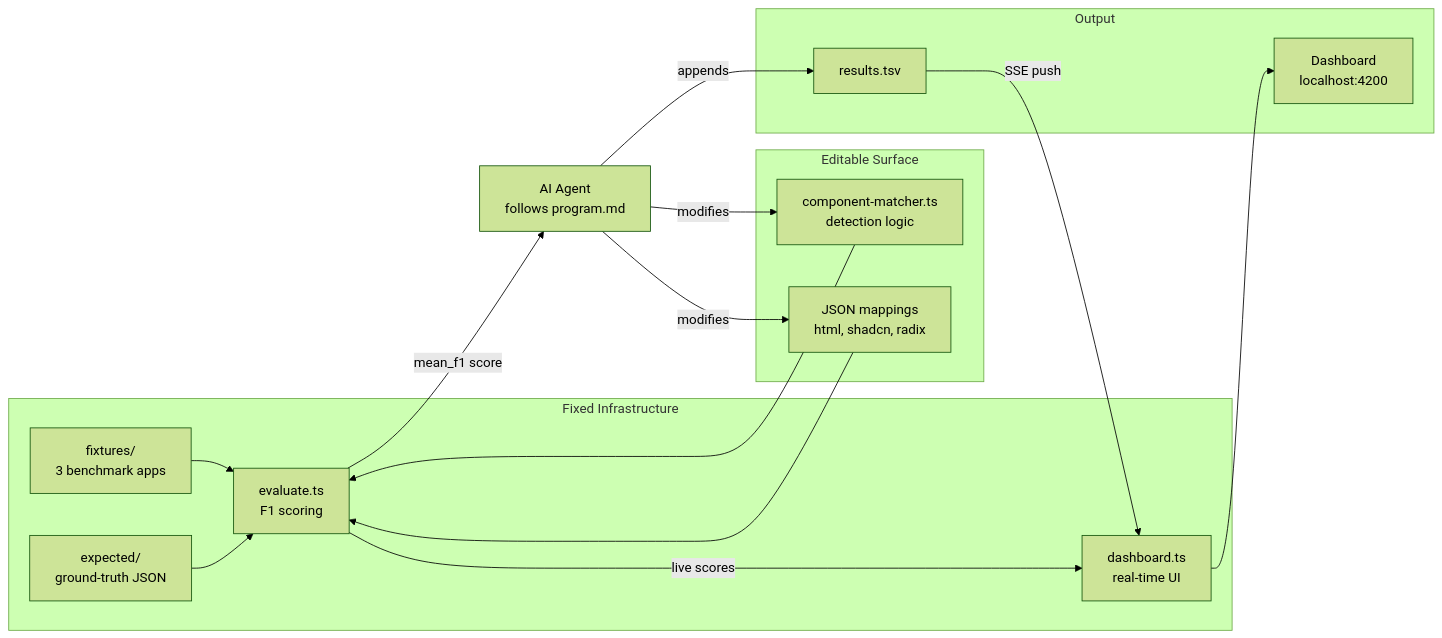
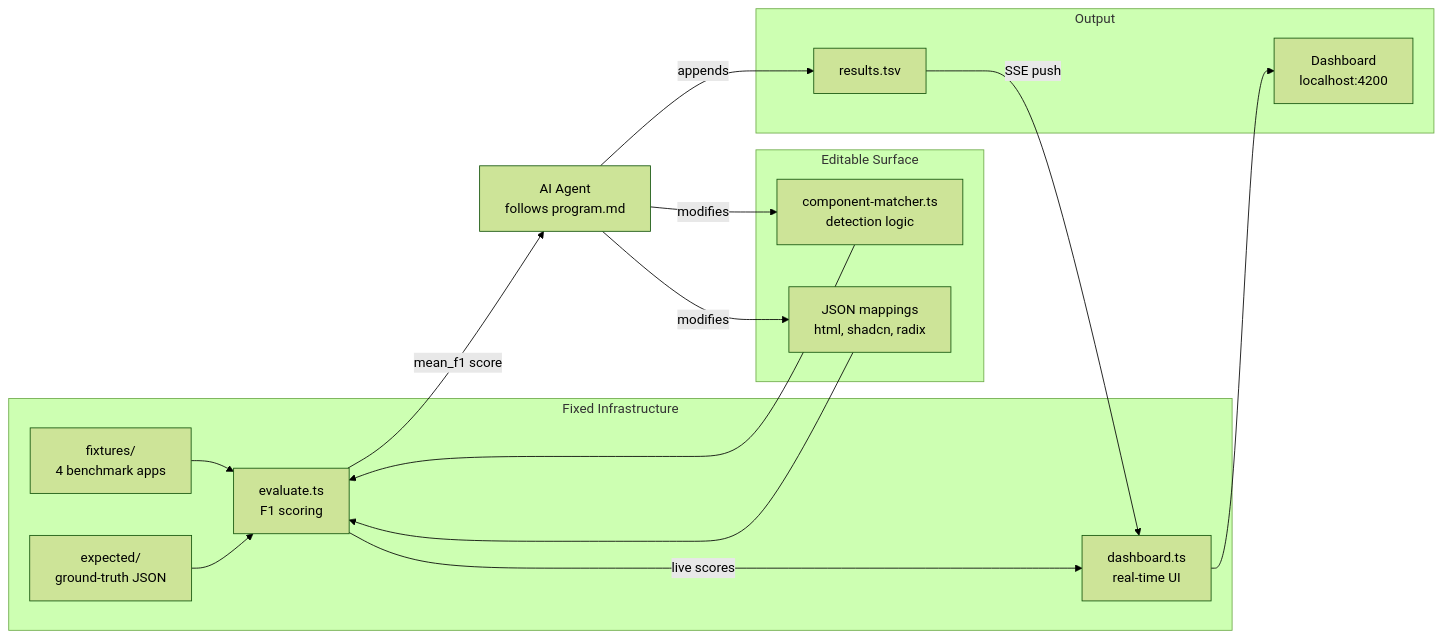
Before and after one commit to OpenZeppelin/openzeppelin-ui: the second of 3 diagrams in packages/cli/autoresearch/README.md, drawn with Mermaid (forest theme). The commit also changed other lines of this file and 55 other files, not shown here.

````diff
--- a/packages/cli/autoresearch/README.md
+++ b/packages/cli/autoresearch/README.md
@@ -57,31 +120,31 @@
 ```mermaid
 flowchart LR
     subgraph FixedInfra ["Fixed Infrastructure"]
-        Fixtures["fixtures/\n3 benchmark apps"]
+        Fixtures["fixtures/\n4 benchmark apps"]
         Expected["expected/\n ground-truth JSON"]
         Evaluate["evaluate.ts\nF1 scoring"]
         Dashboard["dashboard.ts\nreal-time UI"]
     end
 
     subgraph EditableSurface ["Editable Surface"]
         Matcher["component-matcher.ts\ndetection logic"]
         JSONMaps["JSON mappings\nhtml, shadcn, radix"]
     end
 
     subgraph Output ["Output"]
         ResultsTSV["results.tsv"]
         DashboardUI["Dashboard\nlocalhost:4200"]
     end
 
     Agent["AI Agent\nfollows program.md"] -->|modifies| Matcher
     Agent -->|modifies| JSONMaps
     Matcher --> Evaluate
     JSONMaps --> Evaluate
     Fixtures --> Evaluate
     Expected --> Evaluate
     Evaluate -->|"mean_f1 score"| Agent
     Agent -->|appends| ResultsTSV
     ResultsTSV -->|SSE push| Dashboard
     Dashboard --> DashboardUI
     Evaluate -->|live scores| Dashboard
 ```
````
